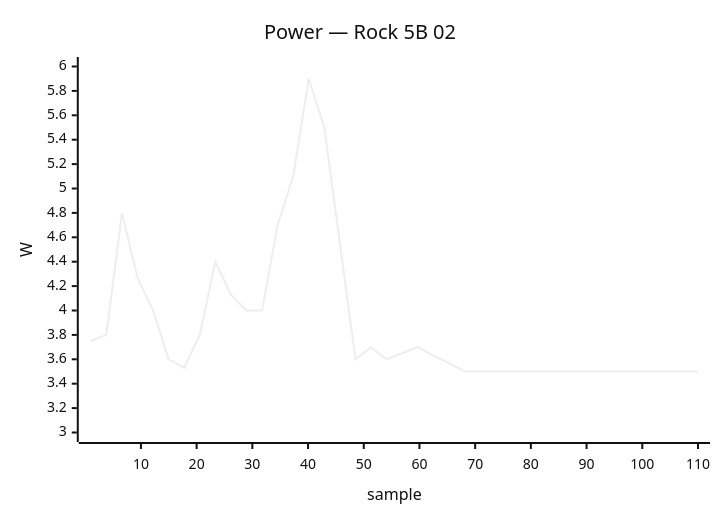
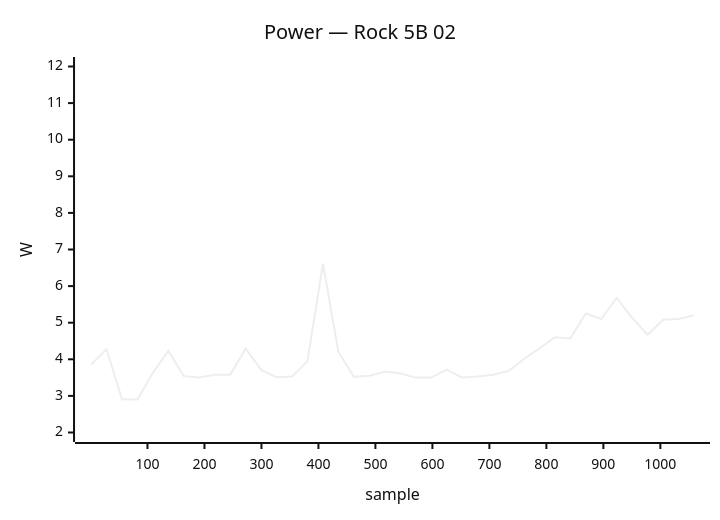
The fifth of 39 diagrams in docs/status/board-tests.md (armbian/documentation), drawn with Mermaid (neutral theme) before and after one commit. The commit also changed other lines of this file, not shown here.

````diff
--- a/docs/status/board-tests.md
+++ b/docs/status/board-tests.md
@@ -246,7 +205,7 @@
 ```mermaid
 xychart-beta
     title "Power — Rock 5B 02"
-    x-axis "sample" 1 --> 110
-    y-axis "W" 3.0 --> 6.0
-    line [3.75, 3.80, 4.80, 4.27, 4.00, 3.60, 3.53, 3.80, 4.40, 4.13, 4.00, 4.00, 4.70, 5.10, 5.90, 5.50, 4.55, 3.60, 3.70, 3.60, 3.65, 3.70, 3.63, 3.57, 3.50, 3.50, 3.50, 3.50, 3.50, 3.50, 3.50, 3.50, 3.50, 3.50, 3.50, 3.50, 3.50, 3.50, 3.50, 3.50]
+    x-axis "sample" 1 --> 1059
+    y-axis "W" 2.0 --> 12.0
+    line [3.85, 4.28, 2.91, 2.90, 3.63, 4.23, 3.54, 3.50, 3.58, 3.58, 4.29, 3.71, 3.51, 3.53, 3.95, 6.61, 4.20, 3.52, 3.55, 3.66, 3.62, 3.50, 3.50, 3.72, 3.50, 3.53, 3.58, 3.68, 4.01, 4.30, 4.60, 4.57, 5.25, 5.10, 5.68, 5.13, 4.67, 5.08, 5.10, 5.20]
 ```
````
